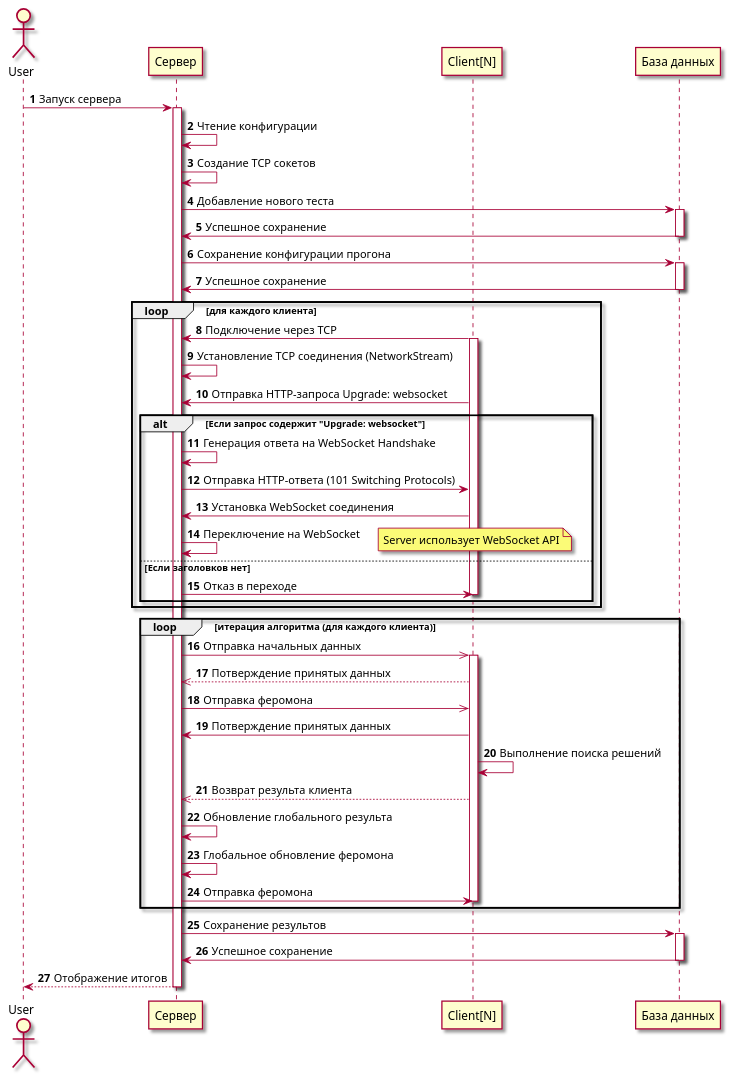
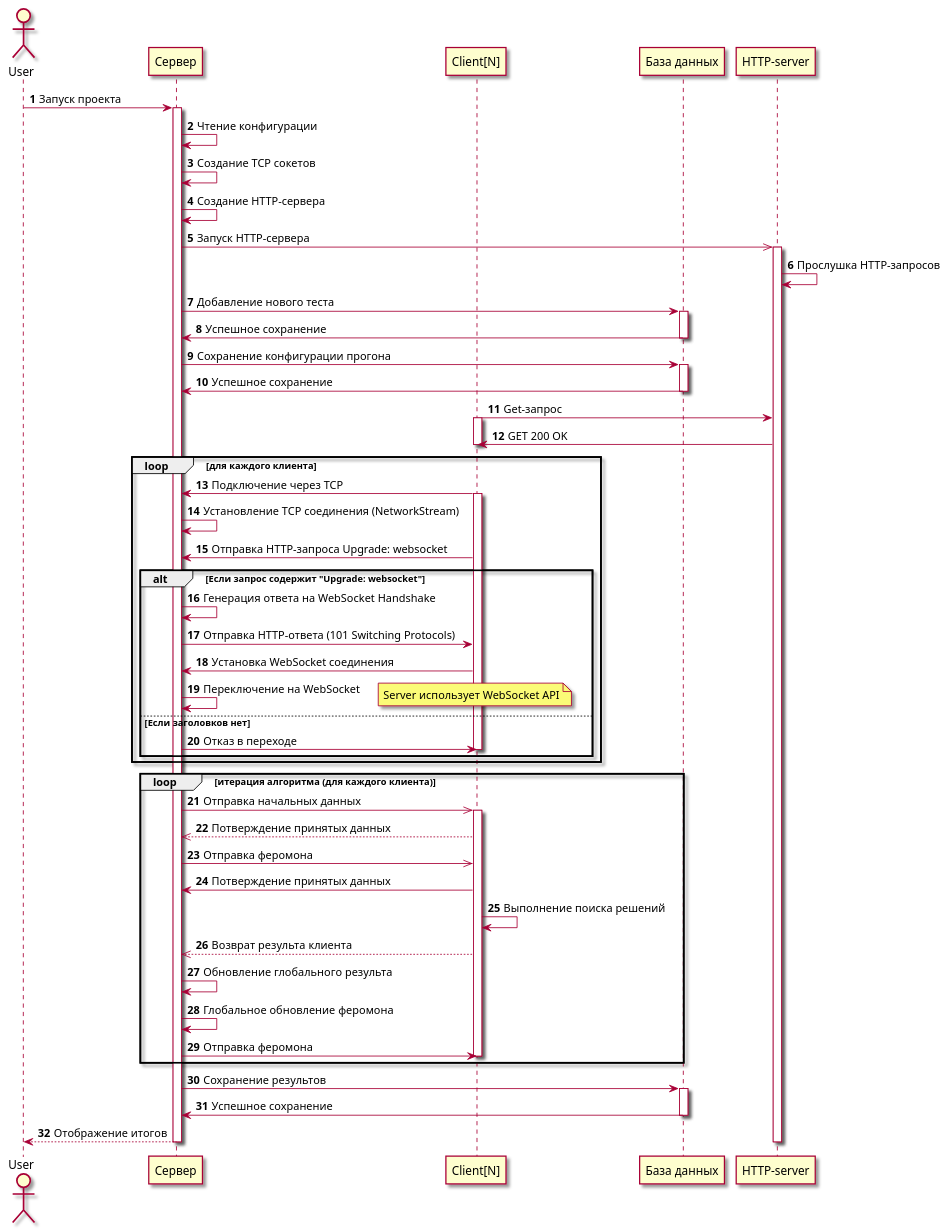
The diagram in SequenceDiagram.wsd (MyfirstAcc/AntDist), drawn with PlantUML before and after one commit.

Commit message:
Updating the chart

```diff
--- a/SequenceDiagram.wsd
+++ b/SequenceDiagram.wsd
@@ -1,63 +1,74 @@
 @startuml
 autonumber
 skin rose
 actor User
 
 participant Server as "Сервер"
 participant Client1 as "Client[N]"
 participant BD as "База данных"
+participant HTTPSer as "HTTP-server"
 
-User -> Server: Запуск сервера
+User -> Server: Запуск проекта
 activate Server
 Server -> Server: Чтение конфигурации
 Server -> Server: Создание TCP сокетов
+Server -> Server: Создание HTTP-сервера
+Server ->> HTTPSer: Запуск HTTP-сервера
+activate HTTPSer
+HTTPSer -> HTTPSer: Прослушка HTTP-запросов
 Server -> BD : Добавление нового теста
 activate BD
 BD -> Server : Успешное сохранение
 deactivate BD
 
 Server -> BD : Сохранение конфигурации прогона
 activate BD
 BD -> Server : Успешное сохранение
 deactivate BD
+
+Client1 -> HTTPSer: Get-запрос
+activate Client1
+HTTPSer -> Client1: GET 200 OK
+deactivate Client1
 
 loop для каждого клиента
 
   Client1 -> Server : Подключение через TCP
   activate Client1
   Server -> Server : Установление TCP соединения (NetworkStream)
   Client1 -> Server : Отправка HTTP-запроса Upgrade: websocket
   alt Если запрос содержит "Upgrade: websocket"
     Server -> Server : Генерация ответа на WebSocket Handshake
     Server -> Client1 : Отправка HTTP-ответа (101 Switching Protocols)
     Client1 -> Server : Установка WebSocket соединения
     Server -> Server : Переключение на WebSocket
     note right: Server использует WebSocket API
 else Если заголовков нет
     Server -> Client1 : Отказ в переходе
     deactivate Client1
 end
 end
 
 loop итерация алгоритма (для каждого клиента)
   Server ->> Client1: Отправка начальных данных
   activate Client1
     Client1 -->> Server: Потверждение принятых данных
     Server ->> Client1: Отправка феромона
     Client1 -> Server: Потверждение принятых данных
     Client1 -> Client1: Выполнение поиска решений
     Client1 -->> Server: Возврат результа клиента
     Server -> Server: Обновление глобального результа
     Server -> Server: Глобальное обновление феромона
     Server -> Client1: Отправка феромона
   deactivate Client1
 end
 
 Server -> BD : Сохранение результов
 activate BD
 BD -> Server : Успешное сохранение
 deactivate BD
 
 Server --> User: Отображение итогов
 deactivate Server
+deactivate HTTPSer
 @enduml
```
